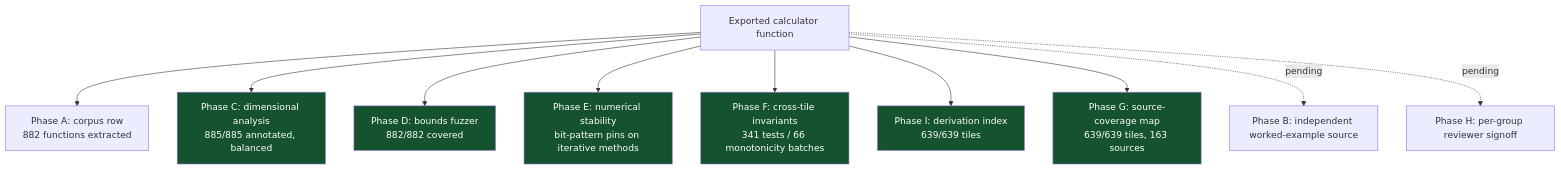
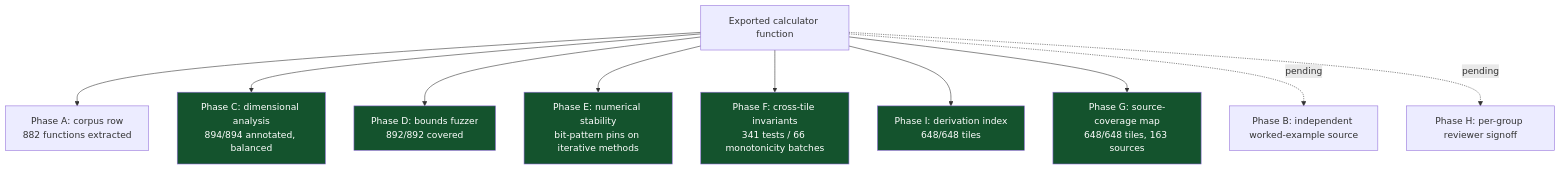
One commit to clay-good/roughlogic.com changed the sixth of 8 diagrams in README.md. Above: the diagram before and after it, drawn with Mermaid. The commit also changed other lines of this file and 29 other files, not shown here.

````diff
--- a/README.md
+++ b/README.md
@@ -474,18 +474,18 @@
 ```mermaid
 flowchart TB
     F[Exported calculator function] --> A[Phase A: corpus row\n882 functions extracted]
-    F --> C[Phase C: dimensional analysis\n885/885 annotated, balanced]
-    F --> D[Phase D: bounds fuzzer\n882/882 covered]
+    F --> C[Phase C: dimensional analysis\n894/894 annotated, balanced]
+    F --> D[Phase D: bounds fuzzer\n892/892 covered]
     F --> E[Phase E: numerical stability\nbit-pattern pins on iterative methods]
     F --> Fa[Phase F: cross-tile invariants\n341 tests / 66 monotonicity batches]
-    F --> I[Phase I: derivation index\n639/639 tiles]
-    F --> G[Phase G: source-coverage map\n639/639 tiles, 163 sources]
+    F --> I[Phase I: derivation index\n648/648 tiles]
+    F --> G[Phase G: source-coverage map\n648/648 tiles, 163 sources]
     F -.pending.-> B[Phase B: independent worked-example source]
     F -.pending.-> H[Phase H: per-group reviewer signoff]
     style C fill:#14532d,color:#fff
     style D fill:#14532d,color:#fff
     style E fill:#14532d,color:#fff
     style Fa fill:#14532d,color:#fff
     style G fill:#14532d,color:#fff
     style I fill:#14532d,color:#fff
 ```
````
